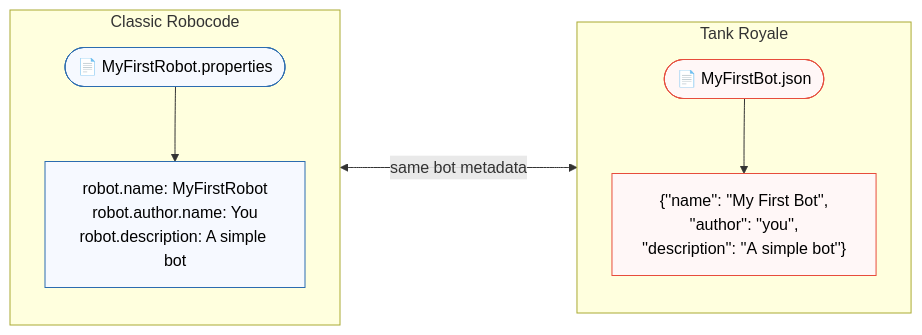
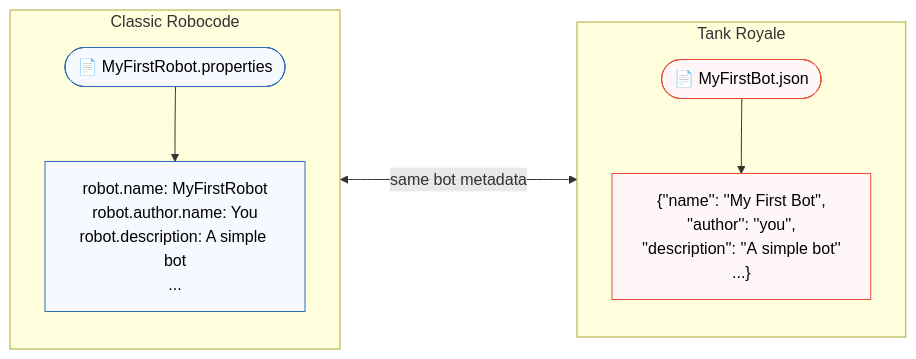
Before and after one commit to robocode-dev/book-of-robocode: the second of 2 diagrams in book/getting-started/your-first-bot.md, drawn with Mermaid. The commit also changed other lines of this file and 1 other file, not shown here.

Commit message:
fix: correct formatting and improve clarity in index.md and your-first-bot.md

````diff
--- a/book/getting-started/your-first-bot.md
+++ b/book/getting-started/your-first-bot.md
@@ -107,24 +106,24 @@
 ```mermaid
 flowchart LR
   %% Two-panel comparison: Classic .properties (left) vs Tank Royale JSON (right)
   subgraph Classic["Classic Robocode"]
     direction TB
     c_file(["📄 MyFirstRobot.properties"])
-    c_snip["robot.name: MyFirstRobot<br>robot.author.name: You<br>robot.description: A simple bot"]
+    c_snip["robot.name: MyFirstRobot<br>robot.author.name: You<br>robot.description: A simple bot<br>..."]
     c_file --> c_snip
   end
 
   subgraph Tank["Tank Royale"]
     direction TB
     t_file(["📄 MyFirstBot.json"])
-    t_snip["{''name'': ''My First Bot'',<br>''author'': ''you'',<br>''description'':&nbsp;''A&nbsp;simple&nbsp;bot''}"]
+    t_snip["{''name'': ''My First Bot'',<br>''author'': ''you'',<br>''description'':&nbsp;''A&nbsp;simple&nbsp;bot''<br>...}"]
     t_file --> t_snip
   end
 
   Classic <--->|"same bot metadata"| Tank
 
   classDef fileStyle color:black,fill:#f6f9ff,stroke:#2b6cb0,stroke-width:1px;
   classDef jsonStyle color:black,fill:#fff7f7,stroke:#e74c3c,stroke-width:1px;
   class c_file,c_snip fileStyle
   class t_file,t_snip jsonStyle
 ```
````
